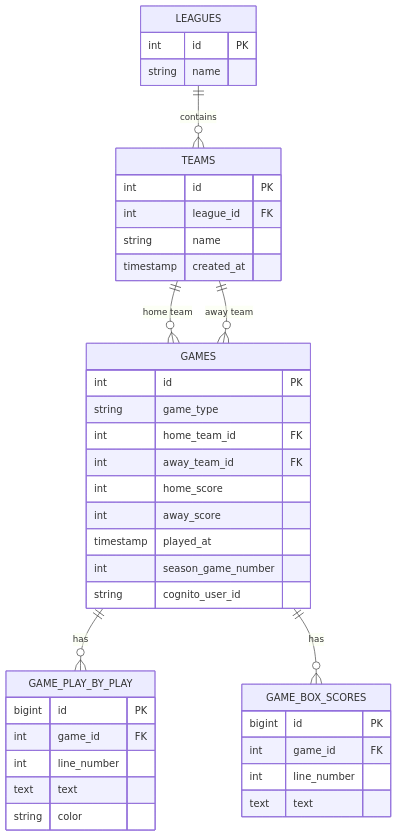
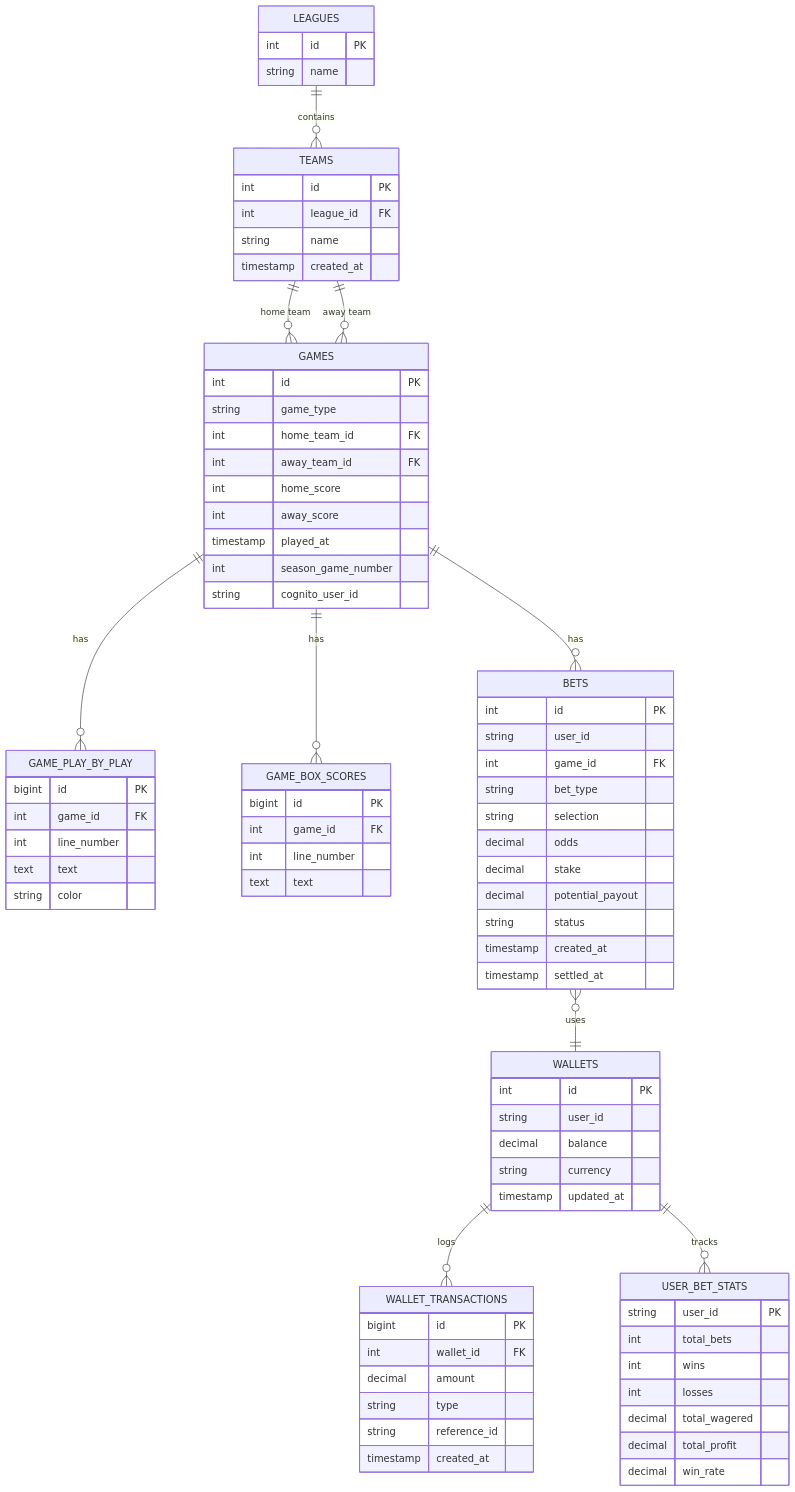
One commit to metantonio/react-test-ts-nb changed the diagram in docs/database_schema.md. Above: the diagram before and after it, drawn with Mermaid. The commit also changed other lines of this file and 2 other files, not shown here.

Commit message:
updata schema

````diff
--- a/docs/database_schema.md
+++ b/docs/database_schema.md
@@ -20,6 +20,10 @@
     TEAMS ||--o{ GAMES : "away team"
     GAMES ||--o{ GAME_PLAY_BY_PLAY : has
     GAMES ||--o{ GAME_BOX_SCORES : has
+    GAMES ||--o{ BETS : has
+    BETS }o--|| WALLETS : uses
+    WALLETS ||--o{ WALLET_TRANSACTIONS : logs
+    WALLETS ||--o{ USER_BET_STATS : tracks
 
     LEAGUES {
         int id PK
@@ -59,4 +63,45 @@
         int line_number
         text text
     }
+
+    WALLETS {
+        int id PK
+        string user_id
+        decimal balance
+        string currency
+        timestamp updated_at
+    }
+
+    WALLET_TRANSACTIONS {
+        bigint id PK
+        int wallet_id FK
+        decimal amount
+        string type
+        string reference_id
+        timestamp created_at
+    }
+
+    BETS {
+        int id PK
+        string user_id
+        int game_id FK
+        string bet_type
+        string selection
+        decimal odds
+        decimal stake
+        decimal potential_payout
+        string status
+        timestamp created_at
+        timestamp settled_at
+    }
+
+    USER_BET_STATS {
+        string user_id PK
+        int total_bets
+        int wins
+        int losses
+        decimal total_wagered
+        decimal total_profit
+        decimal win_rate
+    }
 ```
````
